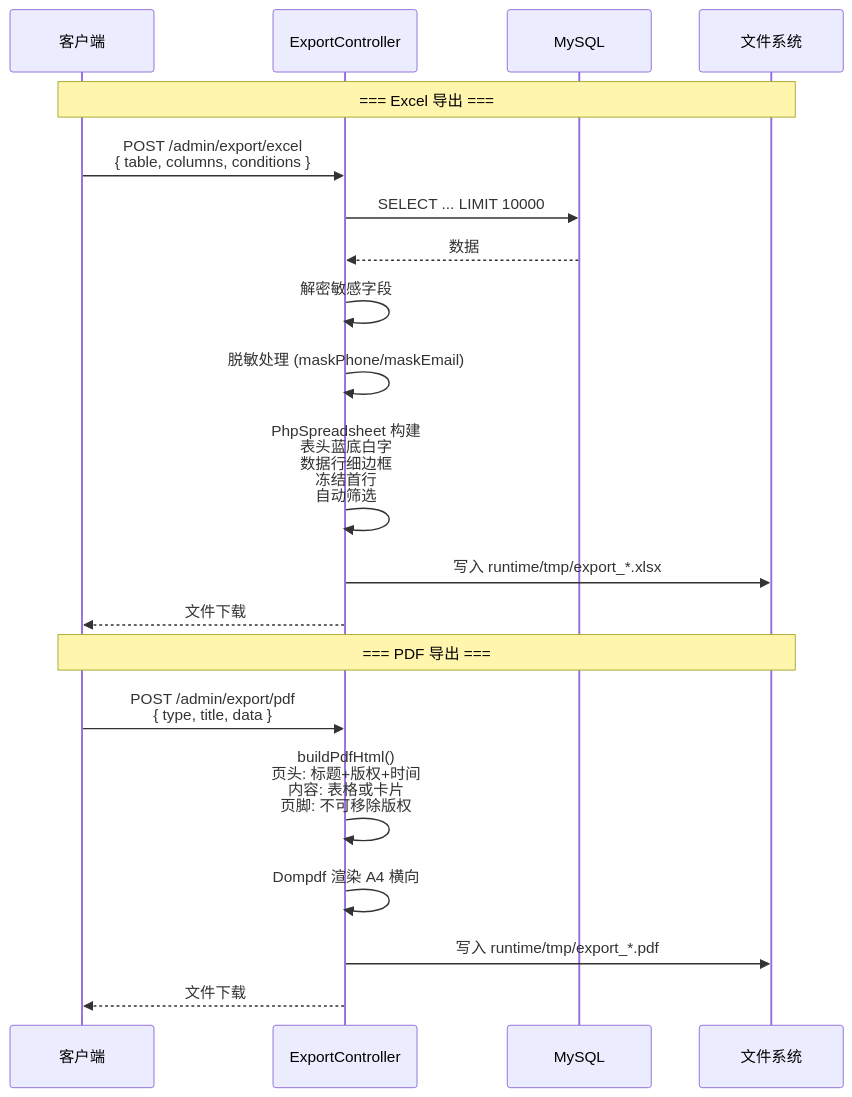
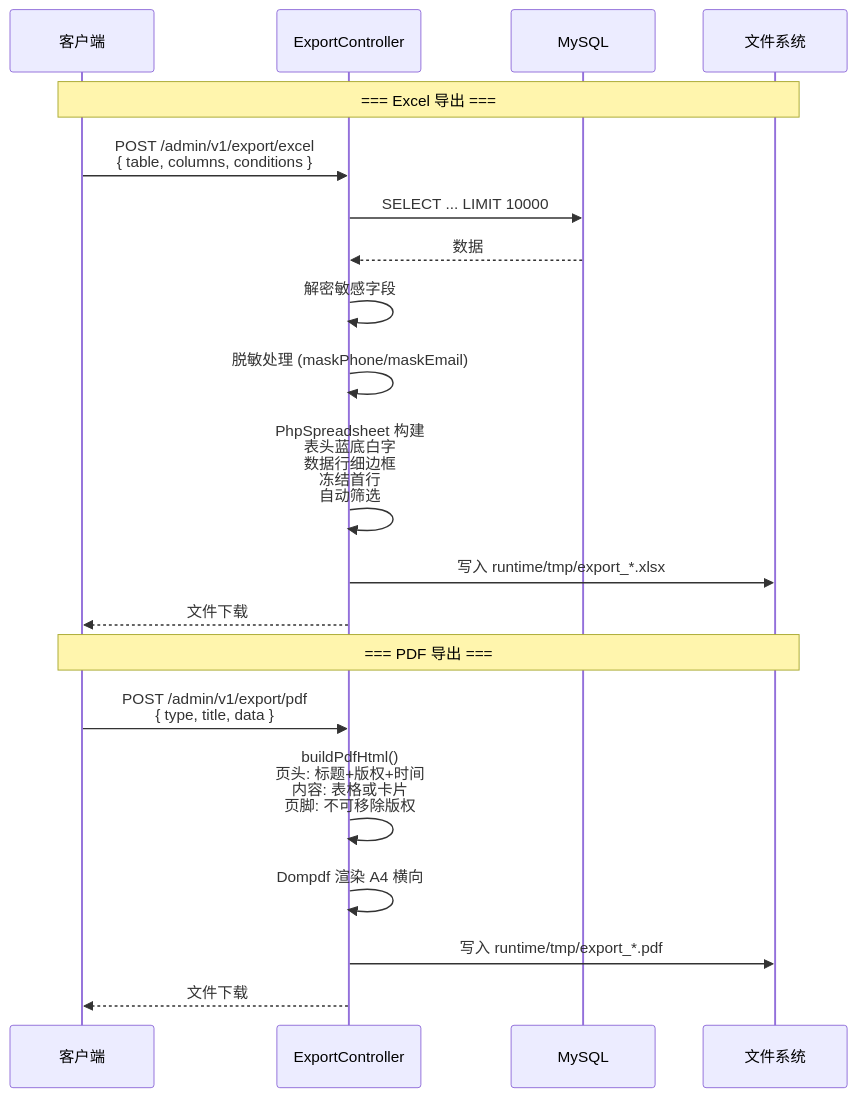
The tenth of 20 diagrams in docs/ARCHITECTURE.md (erikwang2013/erp-php), drawn with Mermaid before and after one commit. The commit also changed other lines of this file and 325 other files, not shown here.

````diff
--- a/docs/ARCHITECTURE.md
+++ b/docs/ARCHITECTURE.md
@@ -555,24 +553,24 @@
 ```mermaid
 sequenceDiagram
     participant C as 客户端
     participant CTL as ExportController
     participant DB as MySQL
     participant FS as 文件系统
 
     Note over C,FS: === Excel 导出 ===
-    C->>CTL: POST /admin/export/excel<br/>{ table, columns, conditions }
+    C->>CTL: POST /admin/v1/export/excel<br/>{ table, columns, conditions }
     CTL->>DB: SELECT ... LIMIT 10000
     DB-->>CTL: 数据
     CTL->>CTL: 解密敏感字段
     CTL->>CTL: 脱敏处理 (maskPhone/maskEmail)
     CTL->>CTL: PhpSpreadsheet 构建<br/>表头蓝底白字<br/>数据行细边框<br/>冻结首行<br/>自动筛选
     CTL->>FS: 写入 runtime/tmp/export_*.xlsx
     CTL-->>C: 文件下载
 
     Note over C,FS: === PDF 导出 ===
-    C->>CTL: POST /admin/export/pdf<br/>{ type, title, data }
+    C->>CTL: POST /admin/v1/export/pdf<br/>{ type, title, data }
     CTL->>CTL: buildPdfHtml()<br/>页头: 标题+版权+时间<br/>内容: 表格或卡片<br/>页脚: 不可移除版权
     CTL->>CTL: Dompdf 渲染 A4 横向
     CTL->>FS: 写入 runtime/tmp/export_*.pdf
     CTL-->>C: 文件下载
 ```
````
